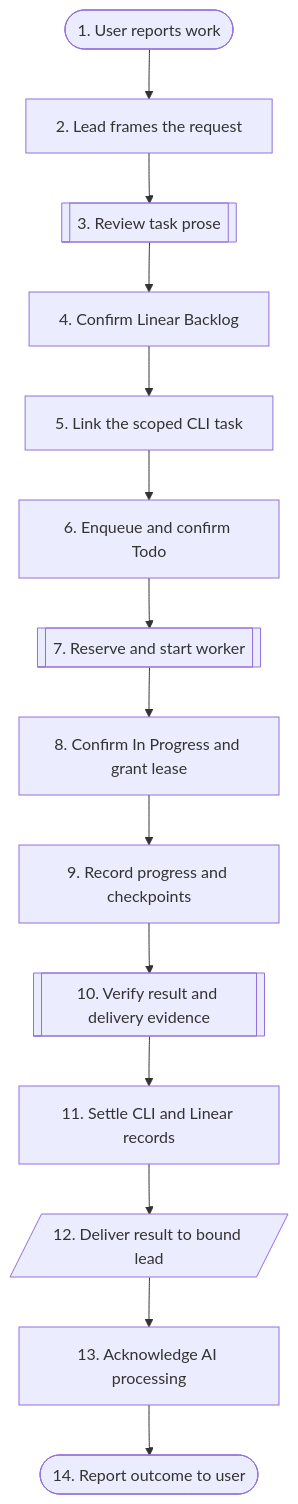
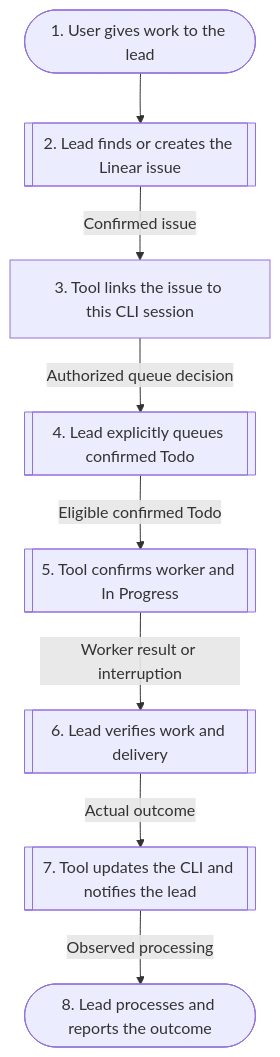
The diagram in docs/assets/diagrams/lifecycle.mmd (fatonsopa/ai-task-manager), drawn with Mermaid before and after one commit. The commit also changed 34 other files, not shown here.

Commit message:
TST-82 consolidate standard documents and clarify task workflow

```diff
--- a/docs/assets/diagrams/lifecycle.mmd
+++ b/docs/assets/diagrams/lifecycle.mmd
@@ -1,47 +1,30 @@
 %% Diagram: Flowchart
-%% Subtitle: A request becomes a tracked issue, assigned work and a result acknowledged by the lead and reported to the user.
+%% View: overview
+%% Subtitle: The confirmed request, task, worker, delivery and reporting path.
 flowchart TD
-    accTitle: Task and Linear lifecycle
-    accDescr: A request becomes a tracked issue, assigned work and a result acknowledged by the lead and reported to the user.
-    N1@{ shape: stadium, label: "1. User reports work" }
+    accTitle: Session workflow management
+    accDescr: This overview connects the four focused flows below. Their decisions and guard tables explain failure, waiting and recovery; a later box never supplies missing evidence for an earlier one.
+    N1@{ shape: stadium, label: "1. User gives work to the lead" }
     class N1 terminator
-    N2@{ shape: rect, label: "2. Lead frames the request" }
-    class N2 process
-    N3@{ shape: fr-rect, label: "3. Review task prose" }
-    class N3 predefined
-    N4@{ shape: rect, label: "4. Confirm Linear Backlog" }
-    class N4 process
-    N5@{ shape: rect, label: "5. Link the scoped CLI task" }
-    class N5 process
-    N6@{ shape: rect, label: "6. Enqueue and confirm Todo" }
-    class N6 process
-    N7@{ shape: fr-rect, label: "7. Reserve and start worker" }
+    N2@{ shape: fr-rect, label: "2. Lead finds or creates the Linear issue" }
+    class N2 predefined
+    N3@{ shape: rect, label: "3. Tool links the issue to this CLI session" }
+    class N3 process
+    N4@{ shape: fr-rect, label: "4. Lead explicitly queues confirmed Todo" }
+    class N4 predefined
+    N5@{ shape: fr-rect, label: "5. Tool confirms worker and In Progress" }
+    class N5 predefined
+    N6@{ shape: fr-rect, label: "6. Lead verifies work and delivery" }
+    class N6 predefined
+    N7@{ shape: fr-rect, label: "7. Tool updates the CLI and notifies the lead" }
     class N7 predefined
-    N8@{ shape: rect, label: "8. Confirm In Progress and grant lease" }
-    class N8 process
-    N9@{ shape: rect, label: "9. Record progress and checkpoints" }
-    class N9 process
-    N10@{ shape: fr-rect, label: "10. Verify result and delivery evidence" }
-    class N10 predefined
-    N11@{ shape: rect, label: "11. Settle CLI and Linear records" }
-    class N11 process
-    N12@{ shape: lean-r, label: "12. Deliver result to bound lead" }
-    class N12 data
-    N13@{ shape: rect, label: "13. Acknowledge AI processing" }
-    class N13 process
-    N14@{ shape: stadium, label: "14. Report outcome to user" }
-    class N14 terminator
+    N8@{ shape: stadium, label: "8. Lead processes and reports the outcome" }
+    class N8 terminator
     N1 --> N2
-    N2 --> N3
-    N3 --> N4
-    N4 --> N5
-    N5 --> N6
-    N6 --> N7
-    N7 --> N8
-    N8 --> N9
-    N9 --> N10
-    N10 --> N11
-    N11 --> N12
-    N12 --> N13
-    N13 --> N14
-%% Legend: flow_arrow | Event or command
+    N2 -->|"Confirmed issue"| N3
+    N3 -->|"Authorized queue decision"| N4
+    N4 -->|"Eligible confirmed Todo"| N5
+    N5 -->|"Worker result or interruption"| N6
+    N6 -->|"Actual outcome"| N7
+    N7 -->|"Observed processing"| N8
+%% Legend: flow_arrow | Next action or outcome
```
